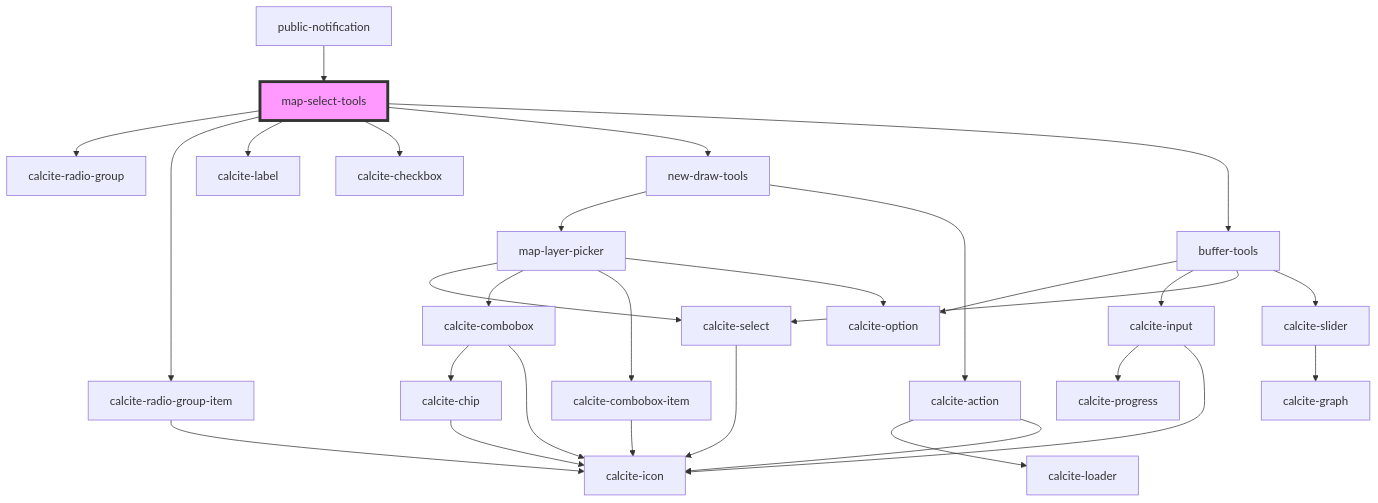
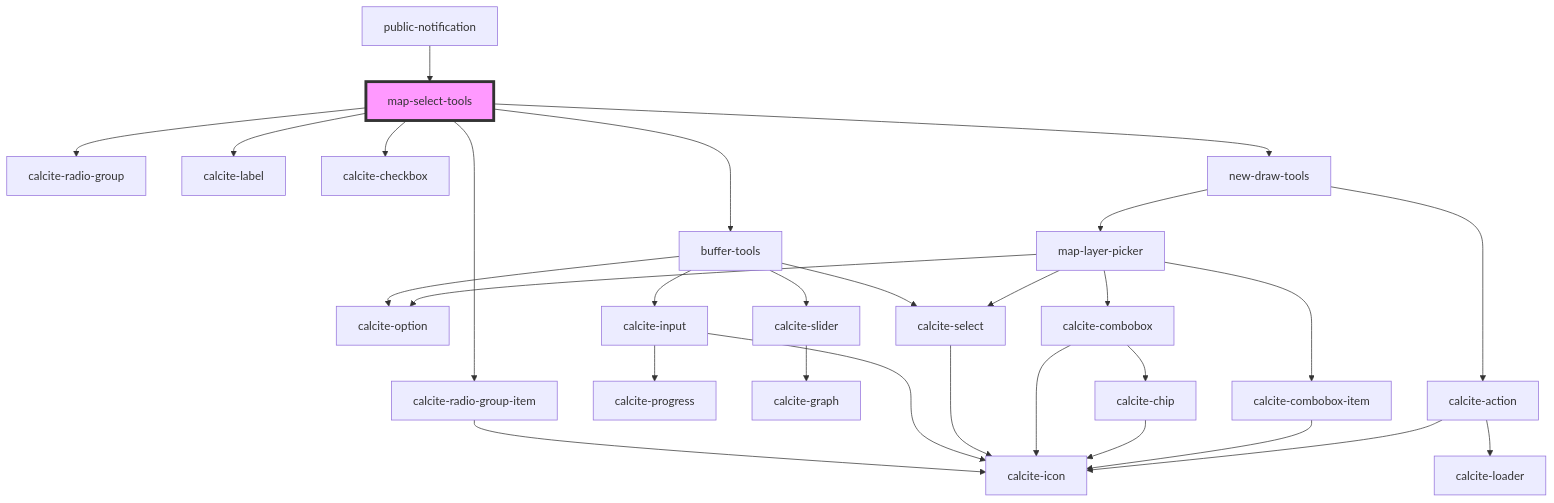
The diagram in src/components/map-select-tools/readme.md (Esri/solutions-components), drawn with Mermaid before and after one commit. The commit also changed other lines of this file and 6 other files, not shown here.

````diff
--- a/src/components/map-select-tools/readme.md
+++ b/src/components/map-select-tools/readme.md
@@ -78,32 +78,32 @@
 ```mermaid
 graph TD;
   map-select-tools --> calcite-radio-group
   map-select-tools --> calcite-radio-group-item
   map-select-tools --> calcite-label
   map-select-tools --> calcite-checkbox
+  map-select-tools --> buffer-tools
   map-select-tools --> new-draw-tools
-  map-select-tools --> buffer-tools
   calcite-radio-group-item --> calcite-icon
+  buffer-tools --> calcite-option
+  buffer-tools --> calcite-input
+  buffer-tools --> calcite-select
+  buffer-tools --> calcite-slider
+  calcite-input --> calcite-progress
+  calcite-input --> calcite-icon
+  calcite-select --> calcite-icon
+  calcite-slider --> calcite-graph
   new-draw-tools --> map-layer-picker
   new-draw-tools --> calcite-action
   map-layer-picker --> calcite-select
   map-layer-picker --> calcite-combobox
   map-layer-picker --> calcite-combobox-item
   map-layer-picker --> calcite-option
-  calcite-select --> calcite-icon
   calcite-combobox --> calcite-chip
   calcite-combobox --> calcite-icon
   calcite-chip --> calcite-icon
   calcite-combobox-item --> calcite-icon
   calcite-action --> calcite-loader
   calcite-action --> calcite-icon
-  buffer-tools --> calcite-option
-  buffer-tools --> calcite-input
-  buffer-tools --> calcite-select
-  buffer-tools --> calcite-slider
-  calcite-input --> calcite-progress
-  calcite-input --> calcite-icon
-  calcite-slider --> calcite-graph
   public-notification --> map-select-tools
   style map-select-tools fill:#f9f,stroke:#333,stroke-width:4px
 ```
````
